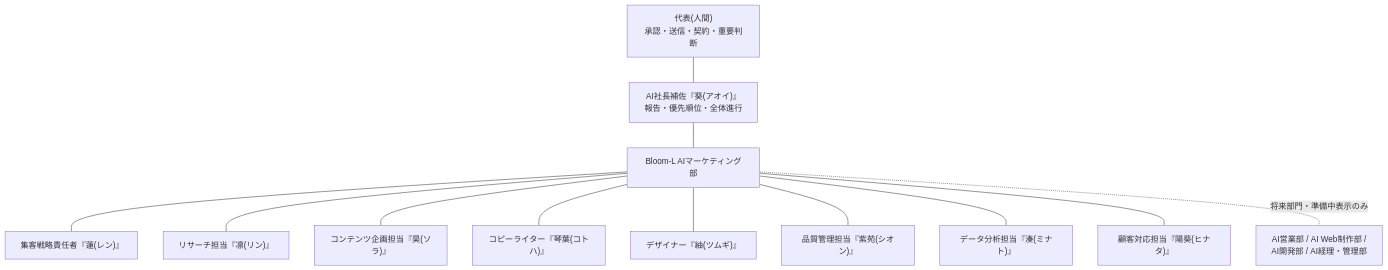
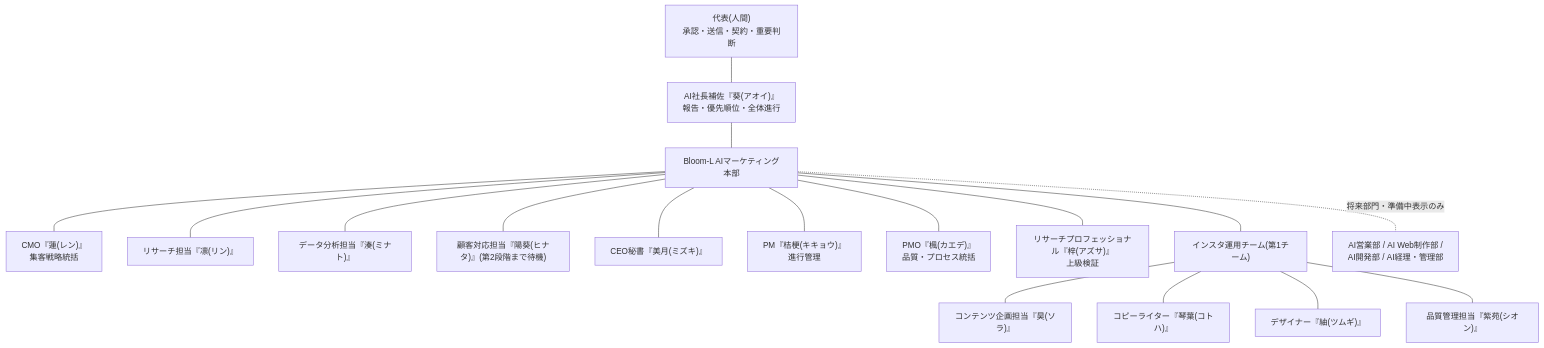
One commit to Mizogamitoshiki/Bloom-L-AI-Company changed the diagram in docs/04-ai-company-organization.md. Above: the diagram before and after it, drawn with Mermaid. The commit also changed other lines of this file and 114 other files, not shown here.

````diff
--- a/docs/04-ai-company-organization.md
+++ b/docs/04-ai-company-organization.md
@@ -5,17 +5,22 @@
 ```mermaid
 graph TD
     CEO["代表(人間)<br/>承認・送信・契約・重要判断"]
     AOI["AI社長補佐『葵(アオイ)』<br/>報告・優先順位・全体進行"]
     CEO --- AOI
-    AOI --- MKT["Bloom-L AIマーケティング部"]
-    MKT --- REN["集客戦略責任者『蓮(レン)』"]
+    AOI --- MKT["Bloom-L AIマーケティング本部"]
+    MKT --- REN["CMO『蓮(レン)』<br/>集客戦略統括"]
     MKT --- RIN["リサーチ担当『凛(リン)』"]
-    MKT --- SORA["コンテンツ企画担当『昊(ソラ)』"]
-    MKT --- KOTOHA["コピーライター『琴葉(コトハ)』"]
-    MKT --- TSUMUGI["デザイナー『紬(ツムギ)』"]
-    MKT --- SHION["品質管理担当『紫苑(シオン)』"]
     MKT --- MINATO["データ分析担当『湊(ミナト)』"]
-    MKT --- HINATA["顧客対応担当『陽葵(ヒナタ)』"]
+    MKT --- HINATA["顧客対応担当『陽葵(ヒナタ)』(第2段階まで待機)"]
+    MKT --- MIZUKI["CEO秘書『美月(ミズキ)』"]
+    MKT --- KIKYOU["PM『桔梗(キキョウ)』<br/>進行管理"]
+    MKT --- KAEDE["PMO『楓(カエデ)』<br/>品質・プロセス統括"]
+    MKT --- AZUSA["リサーチプロフェッショナル『梓(アズサ)』<br/>上級検証"]
+    MKT --- IGOPS["インスタ運用チーム(第1チーム)"]
+    IGOPS --- SORA["コンテンツ企画担当『昊(ソラ)』"]
+    IGOPS --- KOTOHA["コピーライター『琴葉(コトハ)』"]
+    IGOPS --- TSUMUGI["デザイナー『紬(ツムギ)』"]
+    IGOPS --- SHION["品質管理担当『紫苑(シオン)』"]
 
     MKT -. 将来部門・準備中表示のみ .- FUT["AI営業部 / AI Web制作部 /<br/>AI開発部 / AI経理・管理部"]
 ```
````
